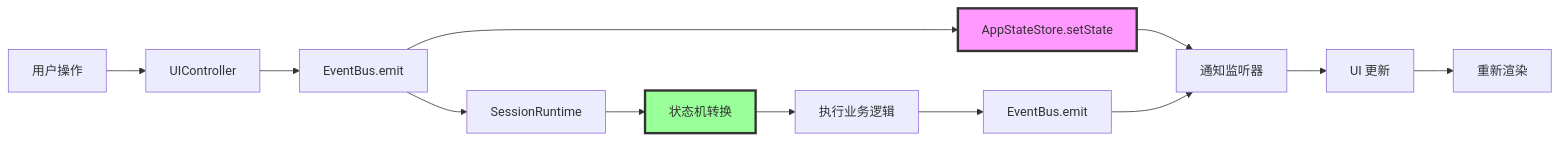
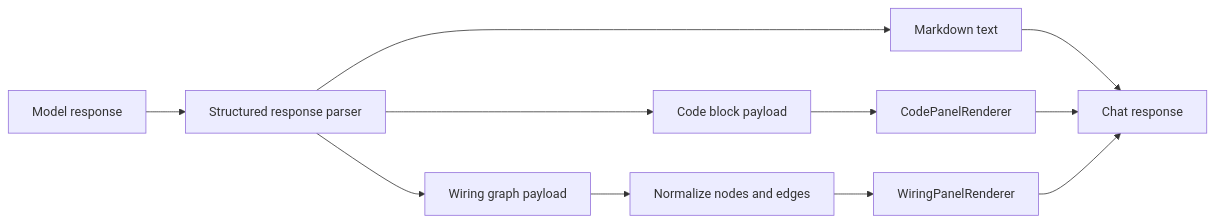
Before and after one commit to yui277/GH-AI-helper: the fifth of 6 diagrams in DATA-FLOW.md, drawn with Mermaid. The commit also changed other lines of this file and 9 other files, not shown here.

Commit message:
docs: refine public technical architecture

````diff
--- a/DATA-FLOW.md
+++ b/DATA-FLOW.md
@@ -389,18 +119,13 @@
 ```mermaid
-graph LR
-    A[用户操作] --> B[UIController]
-    B --> C[EventBus.emit]
-    C --> D[AppStateStore.setState]
-    D --> E[通知监听器]
-    E --> F[UI 更新]
-    F --> G[重新渲染]
-    
-    C --> H[SessionRuntime]
-    H --> I[状态机转换]
-    I --> J[执行业务逻辑]
-    J --> K[EventBus.emit]
-    K --> E
-    
-    style D fill:#f9f,stroke:#333,stroke-width:3px
-    style I fill:#9f9,stroke:#333,stroke-width:3px
+flowchart LR
+    Raw[Model response] --> Split[Structured response parser]
+    Split --> Text[Markdown text]
+    Split --> Code[Code block payload]
+    Split --> Graph[Wiring graph payload]
+    Code --> CodePanel[CodePanelRenderer]
+    Graph --> Normalize[Normalize nodes and edges]
+    Normalize --> WiringPanel[WiringPanelRenderer]
+    Text --> Chat[Chat response]
+    CodePanel --> Chat
+    WiringPanel --> Chat
 ```
````
